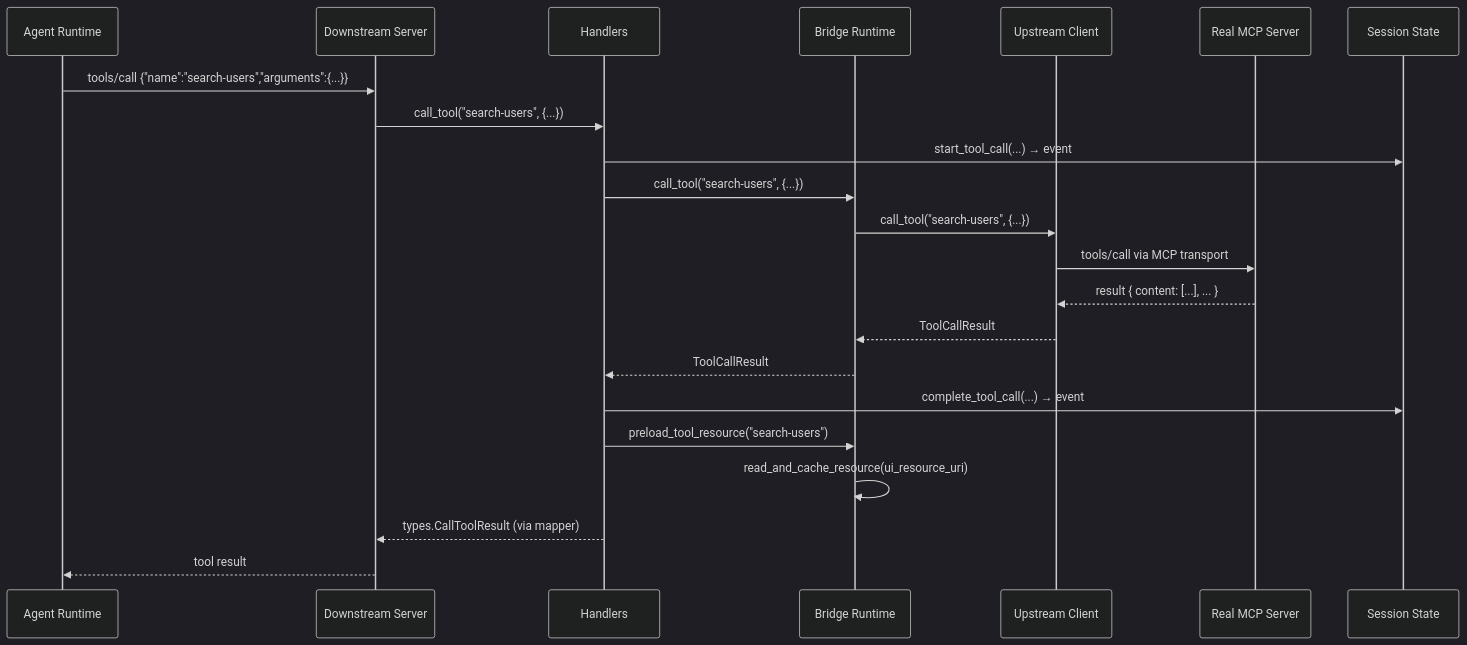
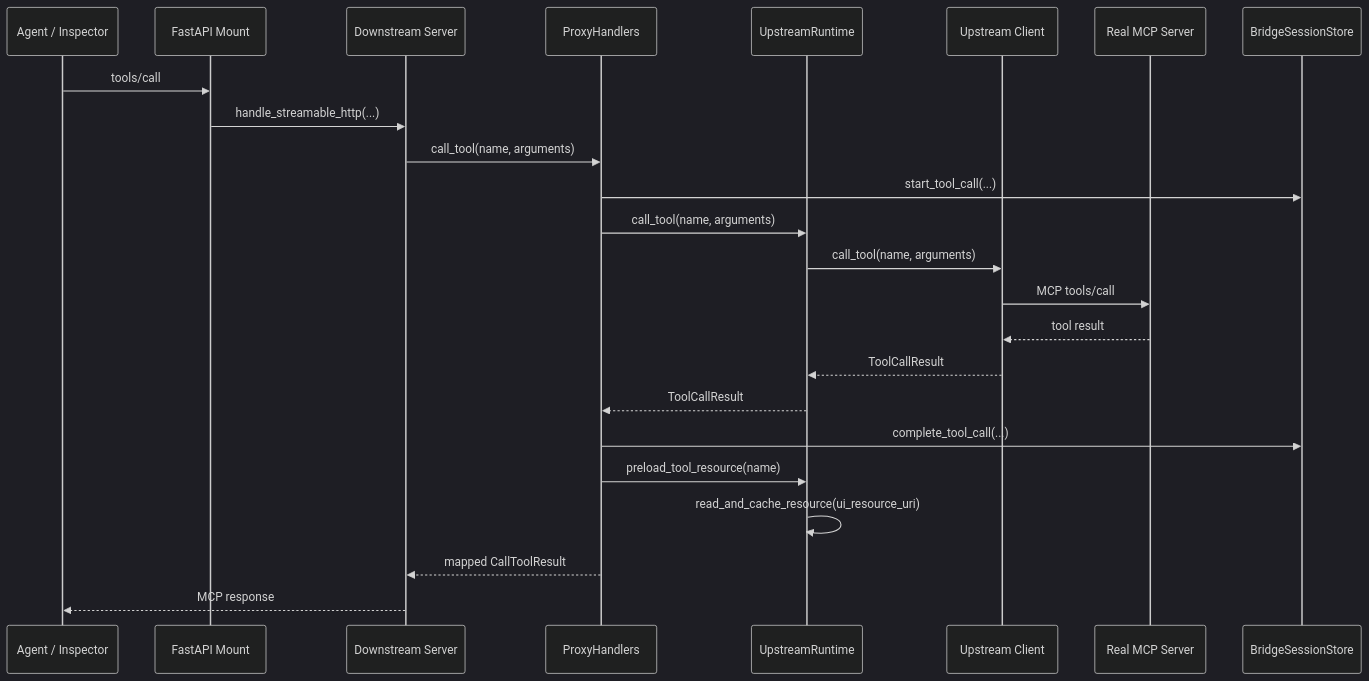
One commit to JilongSun/mcpapps-bridge changed the second of 2 diagrams in docs/architecture/mcp-layer.md. Above: the diagram before and after it, drawn with Mermaid (dark theme). The commit also changed other lines of this file and 15 other files, not shown here.

````diff
--- a/docs/architecture/mcp-layer.md
+++ b/docs/architecture/mcp-layer.md
@@ -151,25 +162,27 @@
 ```mermaid
 sequenceDiagram
-    participant Agent as Agent Runtime
+    participant Client as Agent / Inspector
+    participant API as FastAPI Mount
     participant DS as Downstream Server
-    participant H as Handlers
-    participant RT as Bridge Runtime
+    participant H as ProxyHandlers
+    participant RT as UpstreamRuntime
     participant UP as Upstream Client
     participant Real as Real MCP Server
-    participant SS as Session State
+    participant Store as BridgeSessionStore
 
-    Agent->>DS: tools/call {"name":"search-users","arguments":{...}}
-    DS->>H: call_tool("search-users", {...})
-    H->>SS: start_tool_call(...) → event
-    H->>RT: call_tool("search-users", {...})
-    RT->>UP: call_tool("search-users", {...})
-    UP->>Real: tools/call via MCP transport
-    Real-->>UP: result { content: [...], ... }
+    Client->>API: tools/call
+    API->>DS: handle_streamable_http(...)
+    DS->>H: call_tool(name, arguments)
+    H->>Store: start_tool_call(...)
+    H->>RT: call_tool(name, arguments)
+    RT->>UP: call_tool(name, arguments)
+    UP->>Real: MCP tools/call
+    Real-->>UP: tool result
     UP-->>RT: ToolCallResult
     RT-->>H: ToolCallResult
-    H->>SS: complete_tool_call(...) → event
-    H->>RT: preload_tool_resource("search-users")
+    H->>Store: complete_tool_call(...)
+    H->>RT: preload_tool_resource(name)
     RT->>RT: read_and_cache_resource(ui_resource_uri)
-    H-->>DS: types.CallToolResult (via mapper)
-    DS-->>Agent: tool result
+    H-->>DS: mapped CallToolResult
+    DS-->>Client: MCP response
 ```
````
